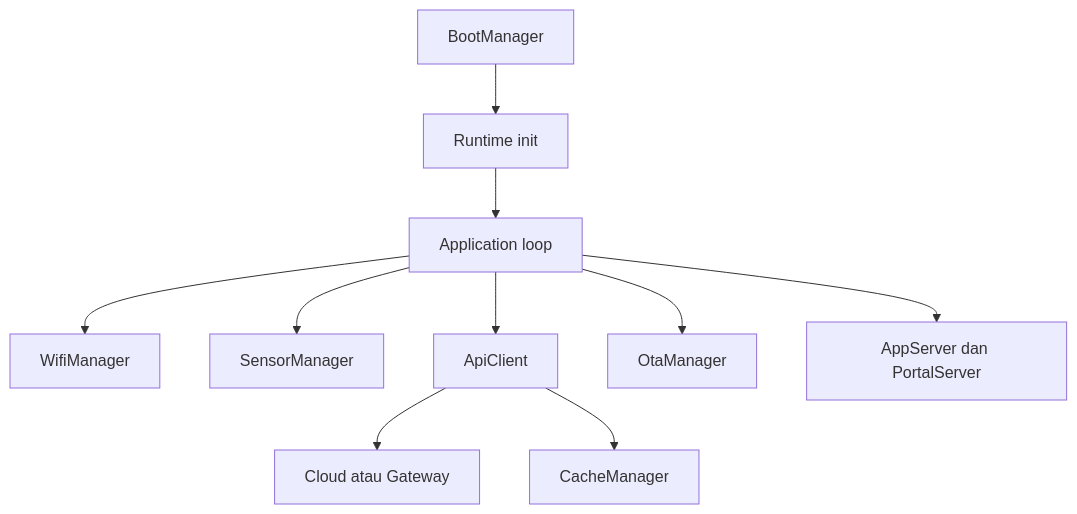
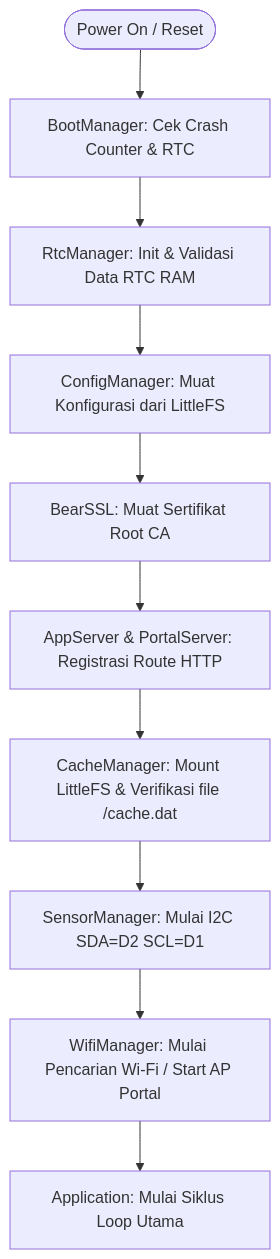
Before and after one commit to dhimasardinata/ta-iot-greenhouse-docs: the diagram in src/content/docs/06-firmware-node/overview.md, drawn with Mermaid. The commit also changed other lines of this file and 34 other files, not shown here.

````diff
--- a/src/content/docs/06-firmware-node/overview.md
+++ b/src/content/docs/06-firmware-node/overview.md
@@ -39,12 +39,12 @@
 ```mermaid
 flowchart TD
-    A[BootManager] --> B[Runtime init]
-    B --> C[Application loop]
-    C --> D[WifiManager]
-    C --> E[SensorManager]
-    C --> F[ApiClient]
-    C --> G[OtaManager]
-    C --> H[AppServer dan PortalServer]
-    F --> I[Cloud atau Gateway]
-    F --> J[CacheManager]
+    Start([Power On / Reset]) --> BM[BootManager: Cek Crash Counter & RTC]
+    BM --> RtcInit[RtcManager: Init & Validasi Data RTC RAM]
+    RtcInit --> ConfigLoad[ConfigManager: Muat Konfigurasi dari LittleFS]
+    ConfigLoad --> BearSSLInit[BearSSL: Muat Sertifikat Root CA]
+    BearSSLInit --> ServerRoute[AppServer & PortalServer: Registrasi Route HTTP]
+    ServerRoute --> CacheInit[CacheManager: Mount LittleFS & Verifikasi file /cache.dat]
+    CacheInit --> SensorInit[SensorManager: Mulai I2C SDA=D2 SCL=D1]
+    SensorInit --> WifiInit[WifiManager: Mulai Pencarian Wi-Fi / Start AP Portal]
+    WifiInit --> AppInit[Application: Mulai Siklus Loop Utama]
 ```
````
